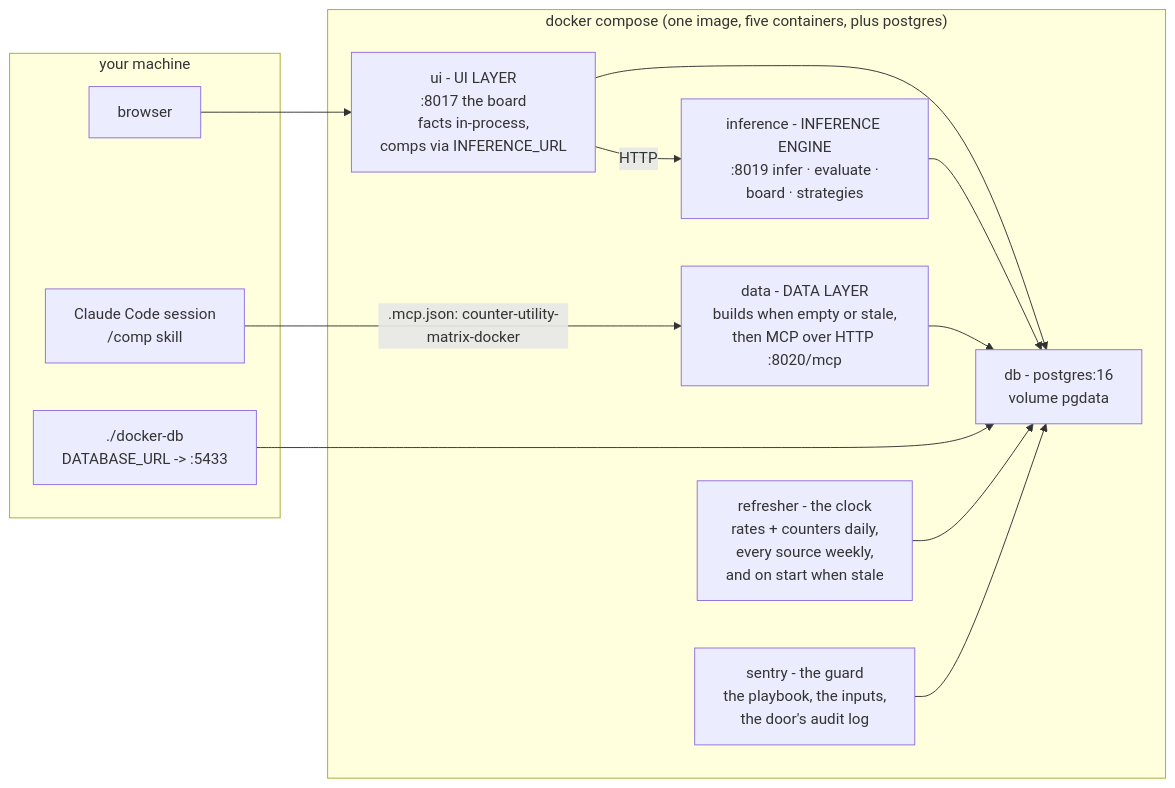
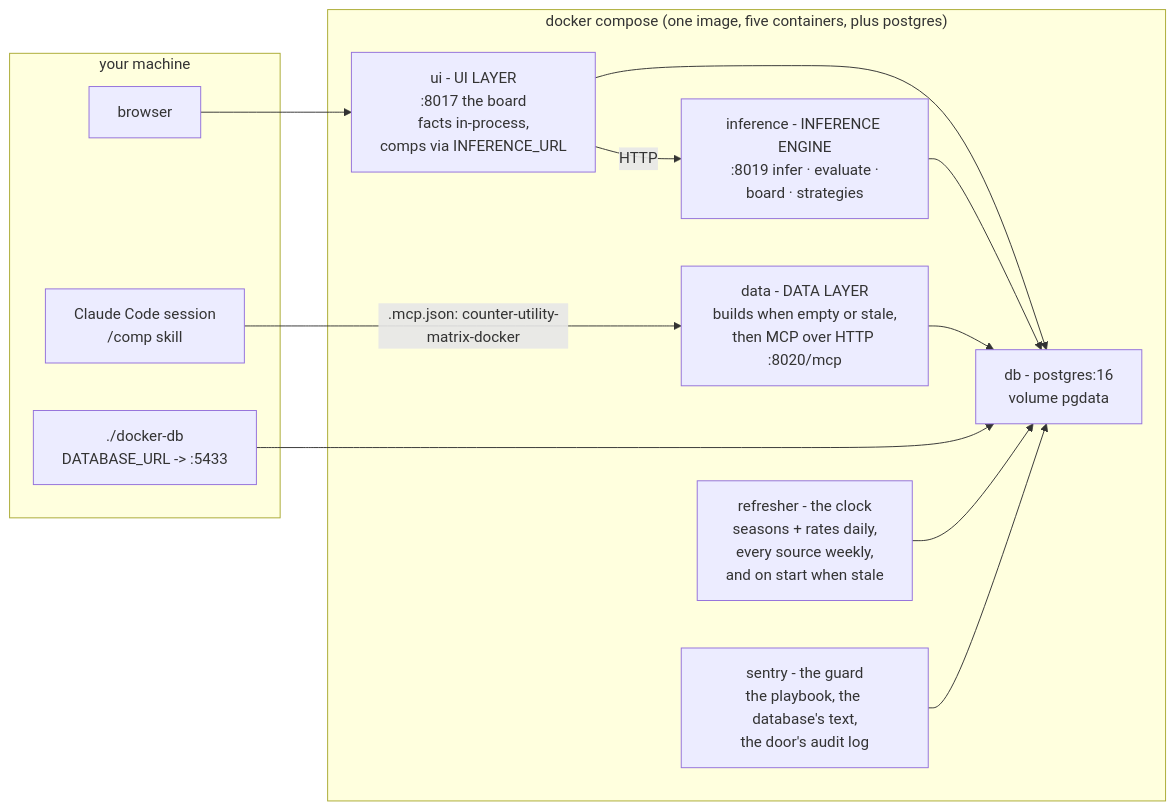
One commit to mmikol/counter-utility-matrix changed the second of 2 diagrams in docs/architecture.md. Above: the diagram before and after it, drawn with Mermaid. The commit also changed other lines of this file and 91 other files, not shown here.

````diff
--- a/docs/architecture.md
+++ b/docs/architecture.md
@@ -125,25 +122,25 @@
 ```mermaid
 flowchart LR
     subgraph HOST["your machine"]
         SESSION["Claude Code session<br/>/comp skill"]
         BROWSER["browser"]
         SHELL["./docker-db<br/>DATABASE_URL -> :5433"]
     end
     subgraph DOCKER["docker compose (one image, five containers, plus postgres)"]
         DATA["data - DATA LAYER<br/>builds when empty or stale,<br/>then MCP over HTTP :8020/mcp"]
         INF["inference - INFERENCE ENGINE<br/>:8019 infer · evaluate ·<br/>board · strategies"]
         UI["ui - UI LAYER<br/>:8017 the board<br/>facts in-process,<br/>comps via INFERENCE_URL"]
         DBC["db - postgres:16<br/>volume pgdata"]
-        REF["refresher - the clock<br/>rates + counters daily,<br/>every source weekly,<br/>and on start when stale"]
-        SEN["sentry - the guard<br/>the playbook, the inputs,<br/>the door's audit log"]
+        REF["refresher - the clock<br/>seasons + rates daily,<br/>every source weekly,<br/>and on start when stale"]
+        SEN["sentry - the guard<br/>the playbook, the database's text,<br/>the door's audit log"]
     end
     SESSION -->|".mcp.json: counter-utility-matrix-docker"| DATA
     BROWSER --> UI
     UI -->|"HTTP"| INF
     UI --> DBC
     INF --> DBC
     DATA --> DBC
     SHELL --> DBC
     REF --> DBC
     SEN --> DBC
 ```
````
